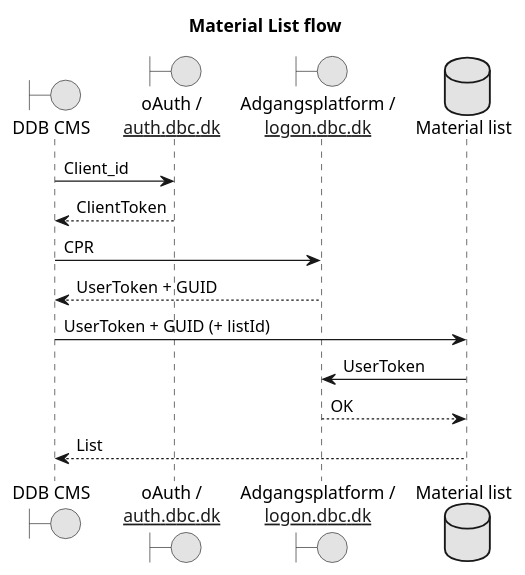
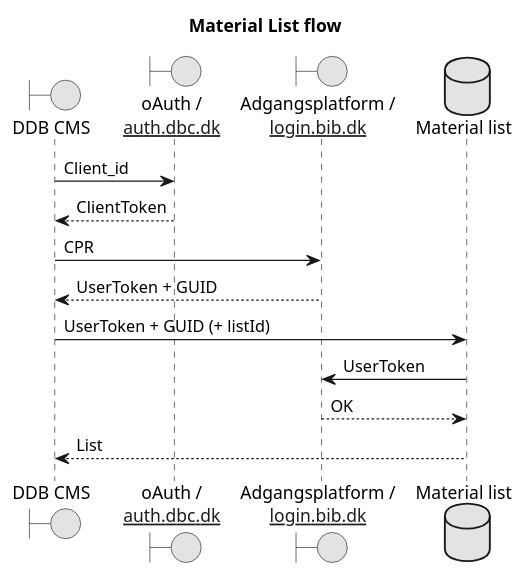
One commit to danskernesdigitalebibliotek/plantuml changed the diagram in docs/listServices/materialListFlow.puml. Above: the diagram before and after it, drawn with PlantUML.

Commit message:
Login.dbc.dk to login.bib.dk

```diff
--- a/docs/listServices/materialListFlow.puml
+++ b/docs/listServices/materialListFlow.puml
@@ -1,27 +1,27 @@
 @startuml						
 title   Material List flow
 						
 ' Skinparams '						
 skinparam monochrome true						
 'skinparam handwritten true						
 
 boundary "DDB CMS"
 boundary "oAuth /\n[[https://auth.dbc.dk auth.dbc.dk]]" as oAuth
-boundary "Adgangsplatform /\n[[https://logon.dbc.dk logon.dbc.dk]]" as Adgangsplatform
+boundary "Adgangsplatform /\n[[https://login.bib.dk/oauth/authorize login.bib.dk]]" as Adgangsplatform
 database "Material list"
 
 'note over oAuth : auth.dbc.dk
 'note over Adgangsplatform : login.bib.dk
 
 "DDB CMS" -> "oAuth" : Client_id
 "oAuth" --> "DDB CMS" : ClientToken
 
 "DDB CMS" -> "Adgangsplatform" : CPR
 "Adgangsplatform" --> "DDB CMS": UserToken + GUID
 
 "DDB CMS" -> "Material list" : UserToken + GUID (+ listId)
 "Material list" -> "Adgangsplatform" : UserToken
 "Adgangsplatform" --> "Material list" : OK 
 "Material list" --> "DDB CMS" : List
 
 @enduml
```
